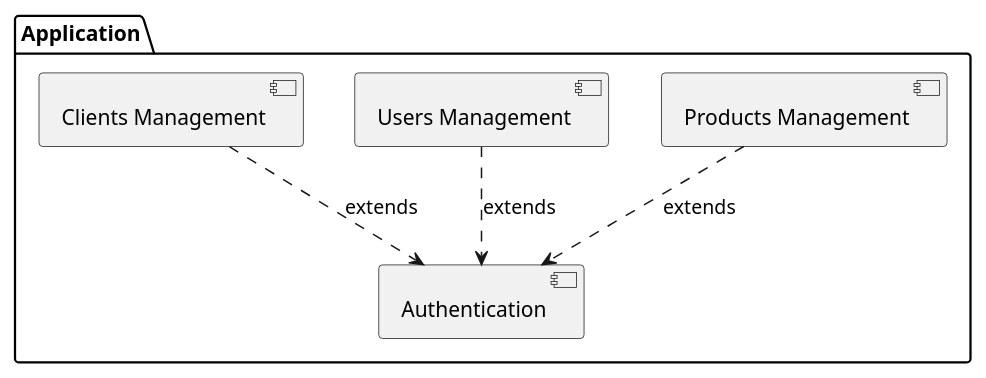
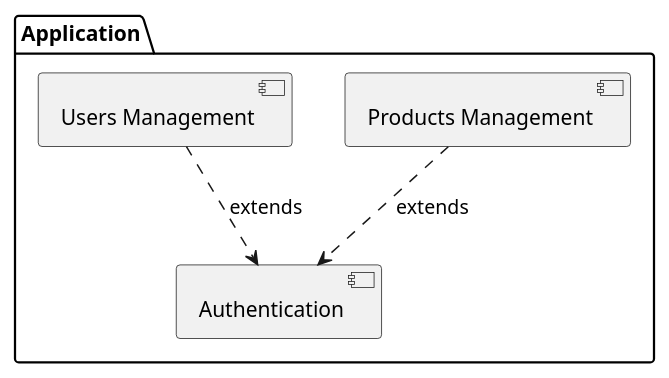
One commit to Xwyk/BileMo changed the diagram in diagrams/packages.puml. Above: the diagram before and after it, drawn with PlantUML. The commit also changed 3 other files, not shown here.

Commit message:
diagrams update

```diff
--- a/diagrams/packages.puml
+++ b/diagrams/packages.puml
@@ -1,15 +1,13 @@
 @startuml
 'https://plantuml.com/component-diagram
 
 package "Application" {
   [Products Management]
   [Users Management]
-  [Clients Management]
   [Authentication]
 }
 
 [Products Management] ..> [Authentication] : extends
 [Users Management] ..> [Authentication] : extends
-[Clients Management] ..> [Authentication] : extends
 
 @enduml
```
